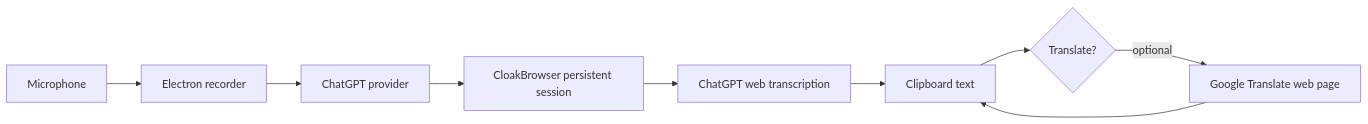
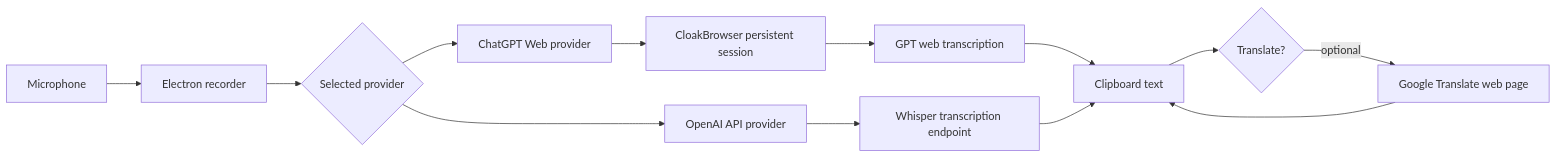
One commit to swimmwatch/gpt-voice changed the diagram in README.md. Above: the diagram before and after it, drawn with Mermaid. The commit also changed other lines of this file and 27 other files, not shown here.

First line of the commit message:
feat: add OpenAI API voice provider and settings management

````diff
--- a/README.md
+++ b/README.md
@@ -51,11 +51,15 @@
 ```mermaid
 flowchart LR
   Mic[Microphone] --> Recorder[Electron recorder]
-  Recorder --> Provider[ChatGPT provider]
-  Provider --> Browser[CloakBrowser persistent session]
-  Browser --> ChatGPT[ChatGPT web transcription]
+  Recorder --> Provider{Selected provider}
+  Provider --> Web[ChatGPT Web provider]
+  Web --> Browser[CloakBrowser persistent session]
+  Browser --> ChatGPT[GPT web transcription]
+  Provider --> API[OpenAI API provider]
+  API --> Whisper[Whisper transcription endpoint]
   ChatGPT --> Clipboard[Clipboard text]
+  Whisper --> Clipboard
   Clipboard --> Translate{Translate?}
   Translate -->|optional| Google[Google Translate web page]
   Google --> Clipboard
 ```
````
